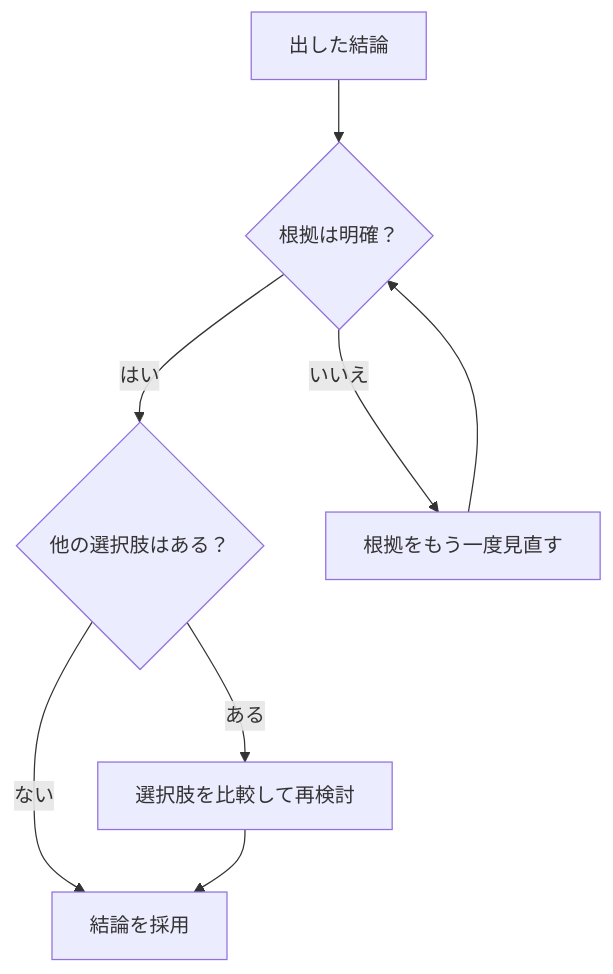
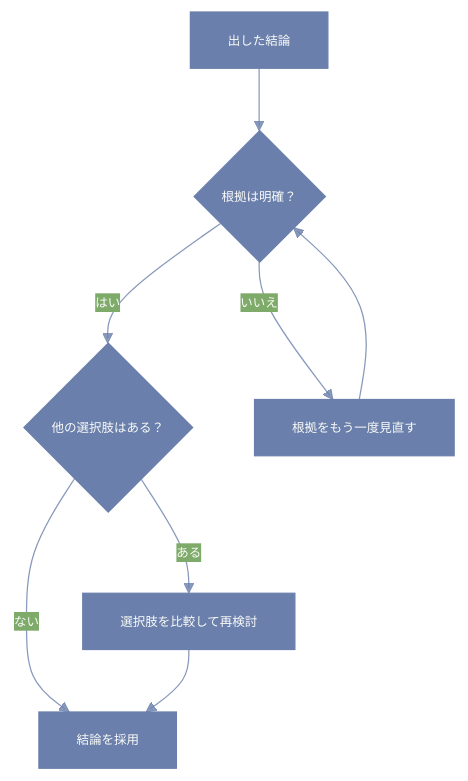
The diagram in articles/idea-critical-conclusion.md (zoldof/zenn-content), drawn with Mermaid before and after one commit.

````diff
--- a/articles/idea-critical-conclusion.md
+++ b/articles/idea-critical-conclusion.md
@@ -64,10 +64,11 @@
 ```mermaid
+%%{init:{'theme':'base','themeVariables':{'primaryColor':'#6A7FAB','primaryTextColor':'#FAFBF9','primaryBorderColor':'#6A7FAB','lineColor':'#6A7FABCC','textColor':'#6A7FABCC','fontSize':'10px'}}}%%
 flowchart TD
   A[出した結論] --> B{根拠は明確？}
   B -- はい --> C{他の選択肢はある？}
   B -- いいえ --> D[根拠をもう一度見直す]
   C -- ある --> E[選択肢を比較して再検討]
   C -- ない --> F[結論を採用]
   D --> B
   E --> F
 ```
````
